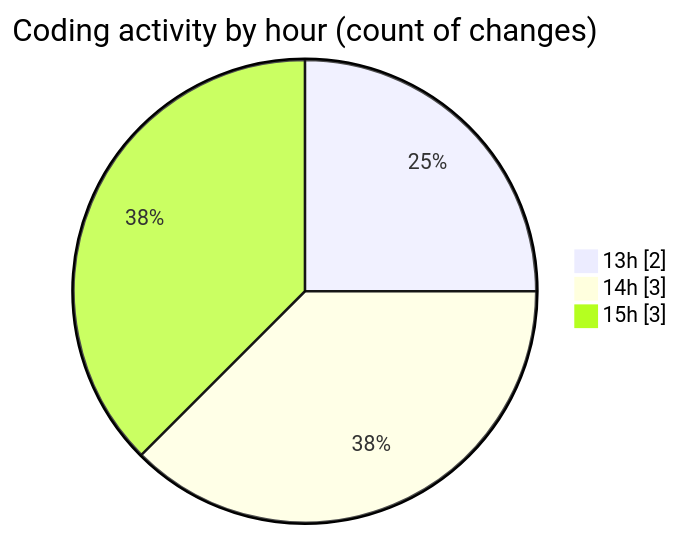
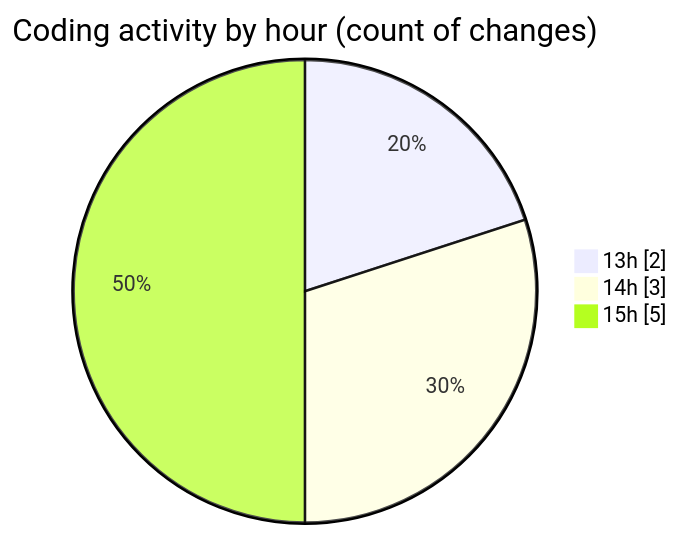
The second of 2 diagrams in 2025-11-14/cdp_aleoudev_fr__workspace_/README.md (julien-gomy/code-tracking), drawn with Mermaid before and after one commit. The commit also changed other lines of this file and 1 other file, not shown here.

````diff
--- a/2025-11-14/cdp_aleoudev_fr__workspace_/README.md
+++ b/2025-11-14/cdp_aleoudev_fr__workspace_/README.md
@@ -30,7 +30,7 @@
 ```mermaid
 pie showData
 title Coding activity by hour (count of changes)
 "13h" : 2
 "14h" : 3
-"15h" : 3
+"15h" : 5
 ```
````
